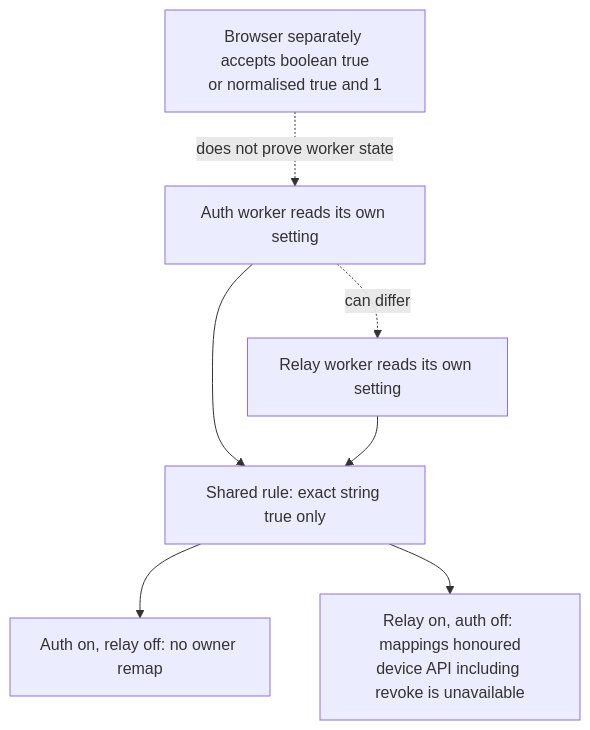
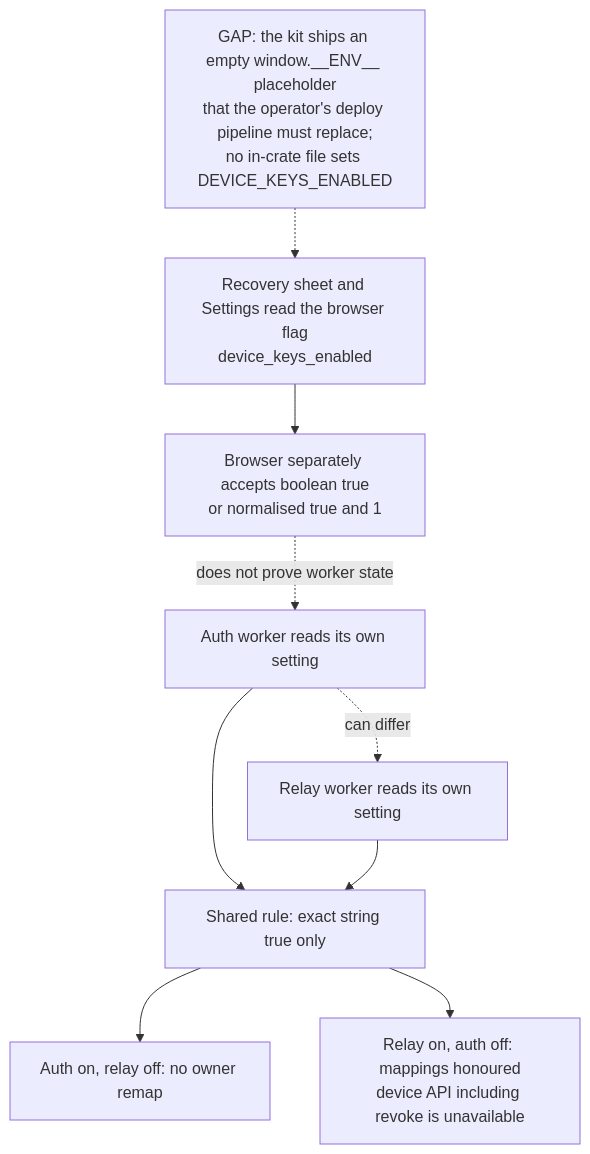
One commit to DreamLab-AI/VisionFlow changed the first of 6 diagrams in docs/diagrams/nostr-rust-forum/20-device-keys-contracts-and-revocation.md. Above: the diagram before and after it, drawn with Mermaid. The commit also changed other lines of this file and 13 other files, not shown here.

First line of the commit message:
diagrams(nostr-rust-forum): fold the last kit-only diagram content into the corpus

````diff
--- a/docs/diagrams/nostr-rust-forum/20-device-keys-contracts-and-revocation.md
+++ b/docs/diagrams/nostr-rust-forum/20-device-keys-contracts-and-revocation.md
@@ -31,21 +33,30 @@
 ```mermaid
 flowchart TB
     %% Source: ../nostr-rust-forum/crates/nostr-bbs-auth-worker/src/devices.rs:100
     A["Auth worker reads its own setting"]
     %% Source: ../nostr-rust-forum/crates/nostr-bbs-relay-worker/src/relay_do/nip_handlers.rs:3735
     B["Relay worker reads its own setting"]
     %% Source: ../nostr-rust-forum/crates/nostr-bbs-core/src/feature_gate.rs:64
     C["Shared rule: exact string true only"]
     %% Source: ../nostr-rust-forum/crates/nostr-bbs-forum-client/src/utils/devices.rs:111
     D["Browser separately accepts boolean true<br/>or normalised true and 1"]
     %% Source: ../nostr-rust-forum/crates/nostr-bbs-core/src/feature_gate.rs:127
     E["Auth on, relay off: no owner remap"]
     %% Source: ../nostr-rust-forum/crates/nostr-bbs-core/src/feature_gate.rs:128
     F["Relay on, auth off: mappings honoured<br/>device API including revoke is unavailable"]
+    %% Source: ../nostr-rust-forum/crates/nostr-bbs-forum-client/src/utils/devices.rs:93
+    %% Source: ../nostr-rust-forum/crates/nostr-bbs-forum-client/src/components/recovery_sheet.rs:360
+    %% Source: ../nostr-rust-forum/crates/nostr-bbs-forum-client/src/pages/settings.rs:148
+    G["Recovery sheet and Settings read the browser flag<br/>device_keys_enabled"]
+    %% Source: ../nostr-rust-forum/crates/nostr-bbs-forum-client/index.html:63-67
+    %% Source: ../nostr-rust-forum/crates/nostr-bbs-forum-client/index.html:73-75
+    H["GAP: the kit ships an empty window.__ENV__ placeholder<br/>that the operator's deploy pipeline must replace;<br/>no in-crate file sets DEVICE_KEYS_ENABLED"]
+    G --> D
+    H -.-> G
     A --> C
     B --> C
     A -. can differ .-> B
     D -. does not prove worker state .-> A
     C --> E
     C --> F
 ```
````
